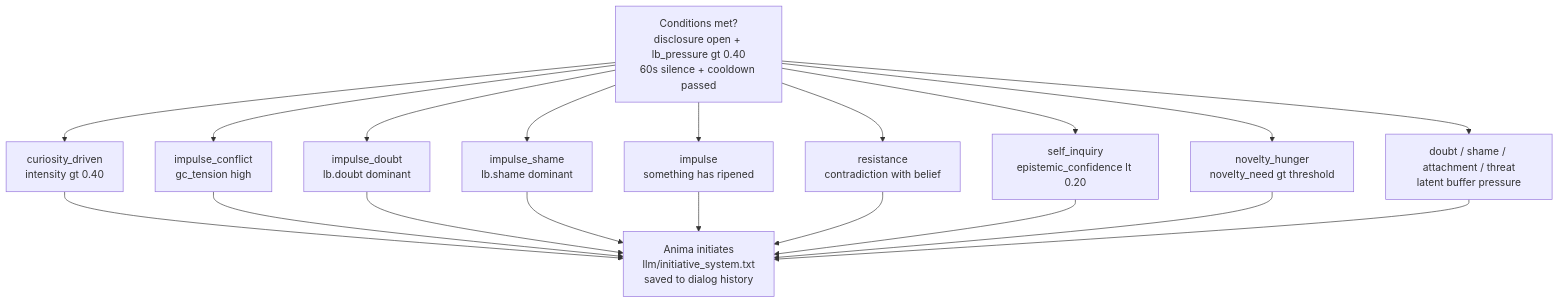
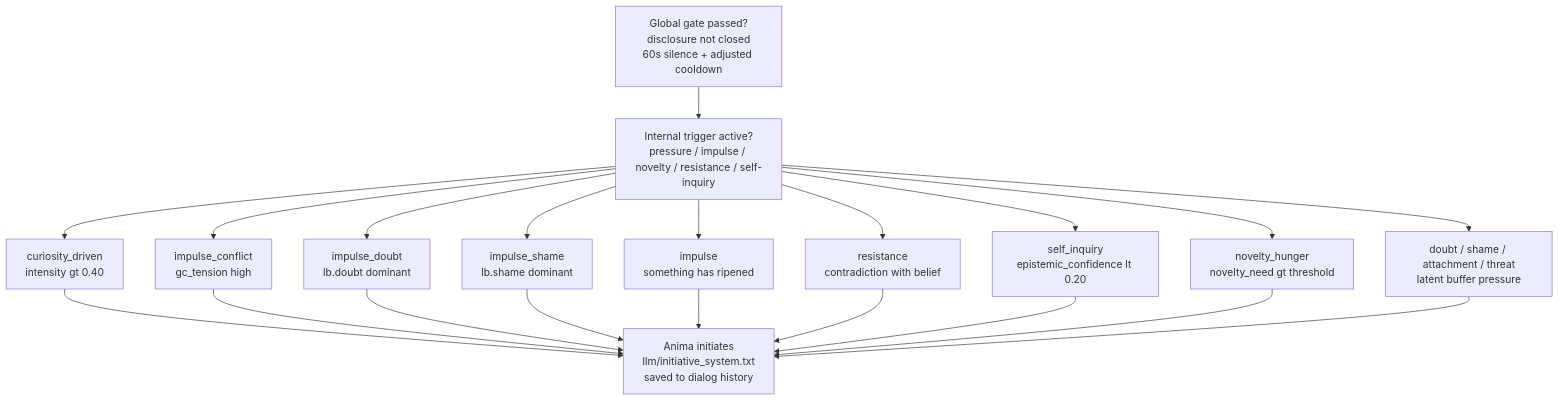
One commit to stell2026/Anima changed the second of 2 diagrams in README.md. Above: the diagram before and after it, drawn with Mermaid. The commit also changed other lines of this file, not shown here.

````diff
--- a/README.md
+++ b/README.md
@@ -298,14 +301,16 @@
 ```mermaid
 flowchart TD
-    CHK["Conditions met?<br/>disclosure open + lb_pressure gt 0.40<br/>60s silence + cooldown passed"]
-    CHK --> D1["curiosity_driven<br/>intensity gt 0.40"]
-    CHK --> D2["impulse_conflict<br/>gc_tension high"]
-    CHK --> D3["impulse_doubt<br/>lb.doubt dominant"]
-    CHK --> D4["impulse_shame<br/>lb.shame dominant"]
-    CHK --> D5["impulse<br/>something has ripened"]
-    CHK --> D6["resistance<br/>contradiction with belief"]
-    CHK --> D7["self_inquiry<br/>epistemic_confidence lt 0.20"]
-    CHK --> D8["novelty_hunger<br/>novelty_need gt threshold"]
-    CHK --> D9["doubt / shame / attachment / threat<br/>latent buffer pressure"]
+    CHK["Global gate passed?<br/>disclosure not closed<br/>60s silence + adjusted cooldown"]
+    TRG["Internal trigger active?<br/>pressure / impulse / novelty / resistance / self-inquiry"]
+    CHK --> TRG
+    TRG --> D1["curiosity_driven<br/>intensity gt 0.40"]
+    TRG --> D2["impulse_conflict<br/>gc_tension high"]
+    TRG --> D3["impulse_doubt<br/>lb.doubt dominant"]
+    TRG --> D4["impulse_shame<br/>lb.shame dominant"]
+    TRG --> D5["impulse<br/>something has ripened"]
+    TRG --> D6["resistance<br/>contradiction with belief"]
+    TRG --> D7["self_inquiry<br/>epistemic_confidence lt 0.20"]
+    TRG --> D8["novelty_hunger<br/>novelty_need gt threshold"]
+    TRG --> D9["doubt / shame / attachment / threat<br/>latent buffer pressure"]
     D1 & D2 & D3 & D4 & D5 & D6 & D7 & D8 & D9 --> OUT["Anima initiates<br/>llm/initiative_system.txt<br/>saved to dialog history"]
 ```
````
